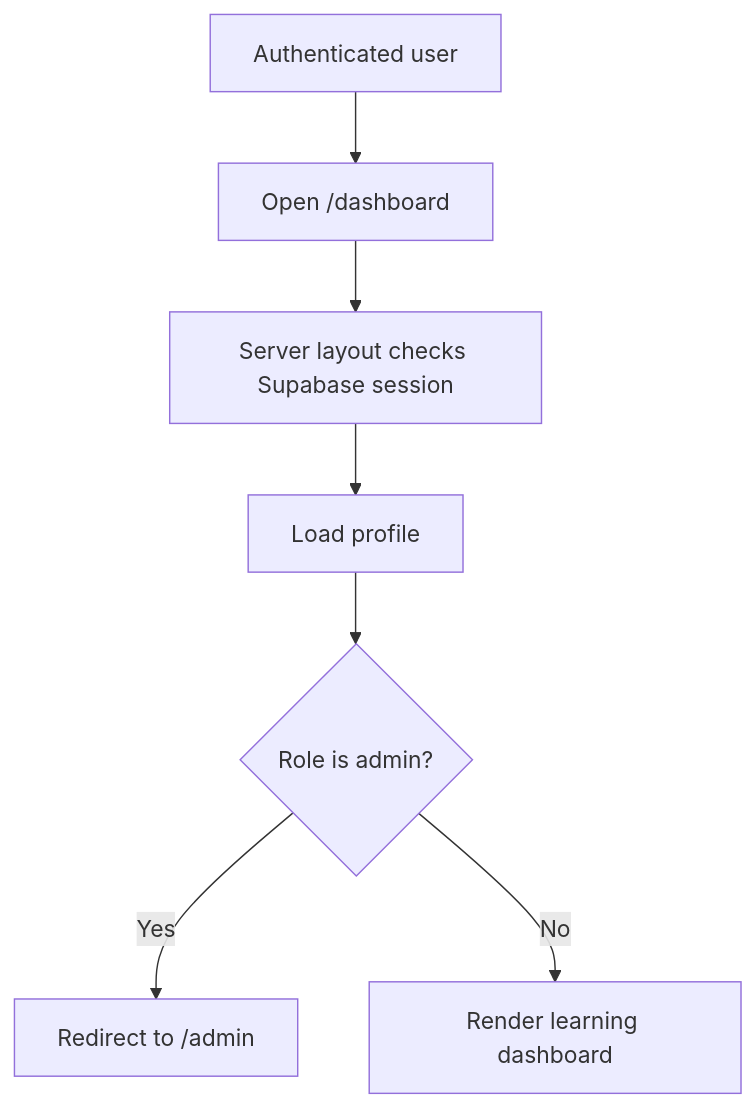
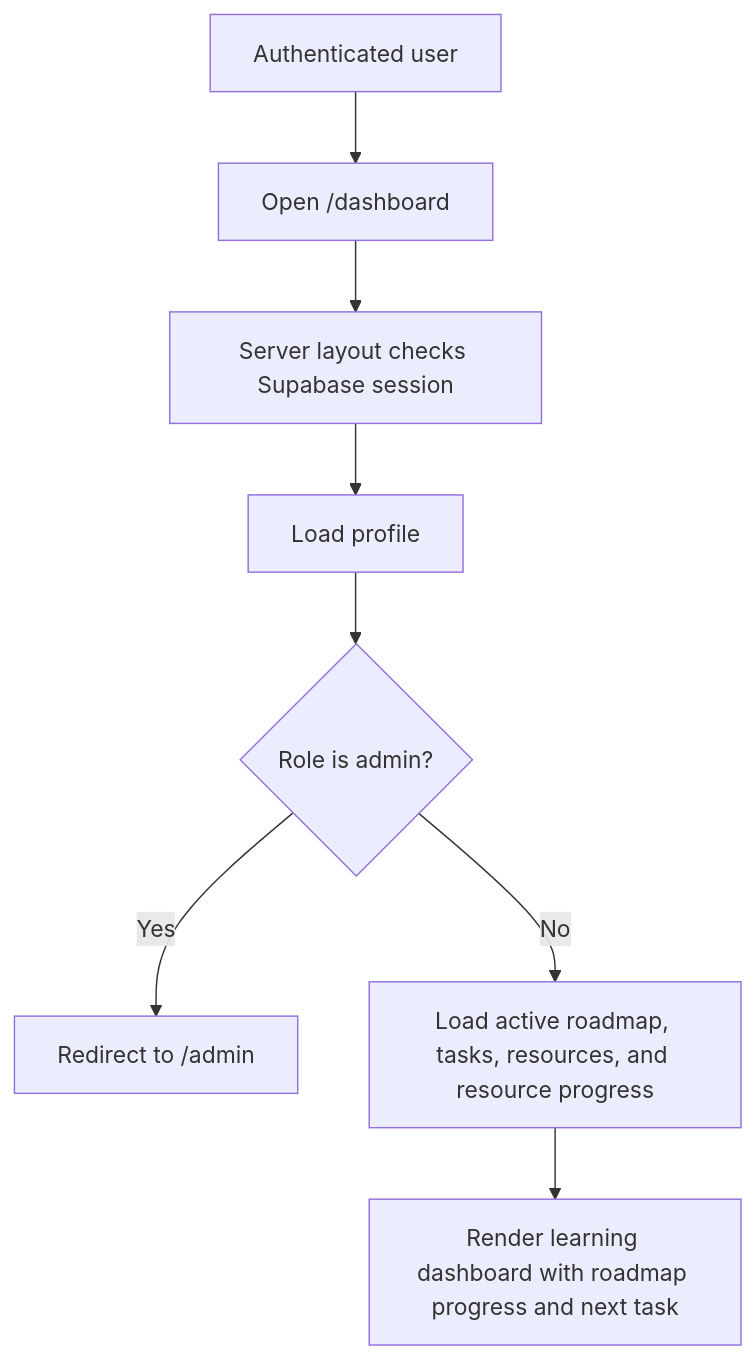
One commit to Sutannn13/Skill-Path-AI changed the third of 8 diagrams in docs/flow-overview.md. Above: the diagram before and after it, drawn with Mermaid. The commit also changed other lines of this file and 15 other files, not shown here.

````diff
--- a/docs/flow-overview.md
+++ b/docs/flow-overview.md
@@ -36,9 +36,10 @@
 ```mermaid
 flowchart TD
   A[Authenticated user] --> B[Open /dashboard]
   B --> C[Server layout checks Supabase session]
   C --> D[Load profile]
   D --> E{Role is admin?}
   E -- Yes --> F[Redirect to /admin]
-  E -- No --> G[Render learning dashboard]
+  E -- No --> G[Load active roadmap, tasks, resources, and resource progress]
+  G --> H[Render learning dashboard with roadmap progress and next task]
 ```
````
